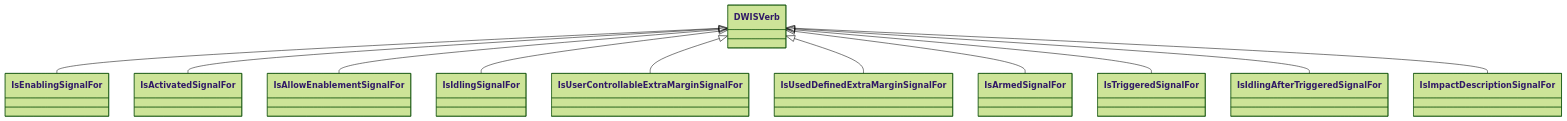
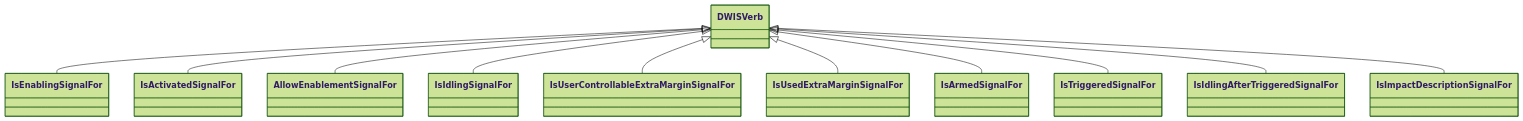
The ninth of 20 diagrams in docs/vocabulary_development/auto-generated/md/definition-files/ADCS.md (D-WIS/DDHub-Semantic-Interoperability), drawn with Mermaid (forest theme) before and after one commit. The commit also changed other lines of this file and 9 other files, not shown here.

````diff
--- a/docs/vocabulary_development/auto-generated/md/definition-files/ADCS.md
+++ b/docs/vocabulary_development/auto-generated/md/definition-files/ADCS.md
@@ -374,13 +374,13 @@
 ```mermaid
 classDiagram
 DWISVerb <|-- IsEnablingSignalFor
 DWISVerb <|-- IsActivatedSignalFor
-DWISVerb <|-- IsAllowEnablementSignalFor
+DWISVerb <|-- AllowEnablementSignalFor
 DWISVerb <|-- IsIdlingSignalFor
 DWISVerb <|-- IsUserControllableExtraMarginSignalFor
-DWISVerb <|-- IsUsedDefinedExtraMarginSignalFor
+DWISVerb <|-- IsUsedExtraMarginSignalFor
 DWISVerb <|-- IsArmedSignalFor
 DWISVerb <|-- IsTriggeredSignalFor
 DWISVerb <|-- IsIdlingAfterTriggeredSignalFor
 DWISVerb <|-- IsImpactDescriptionSignalFor
 ```
````
